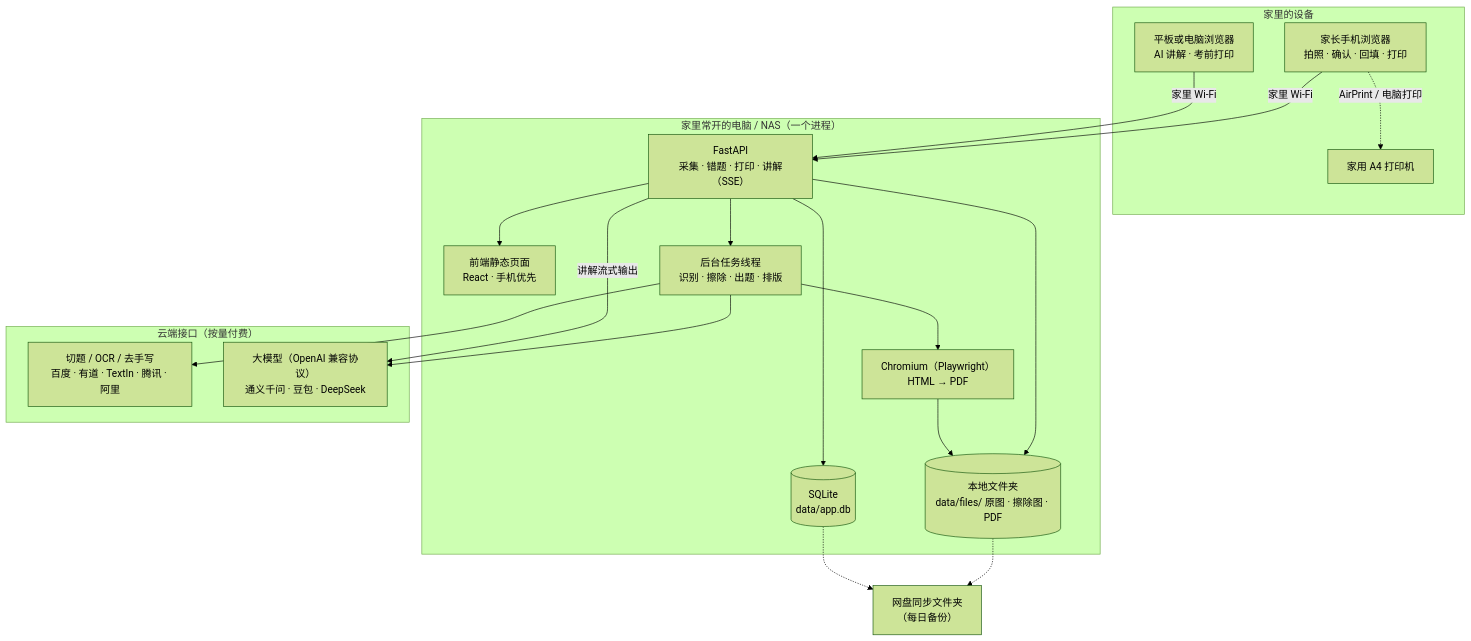
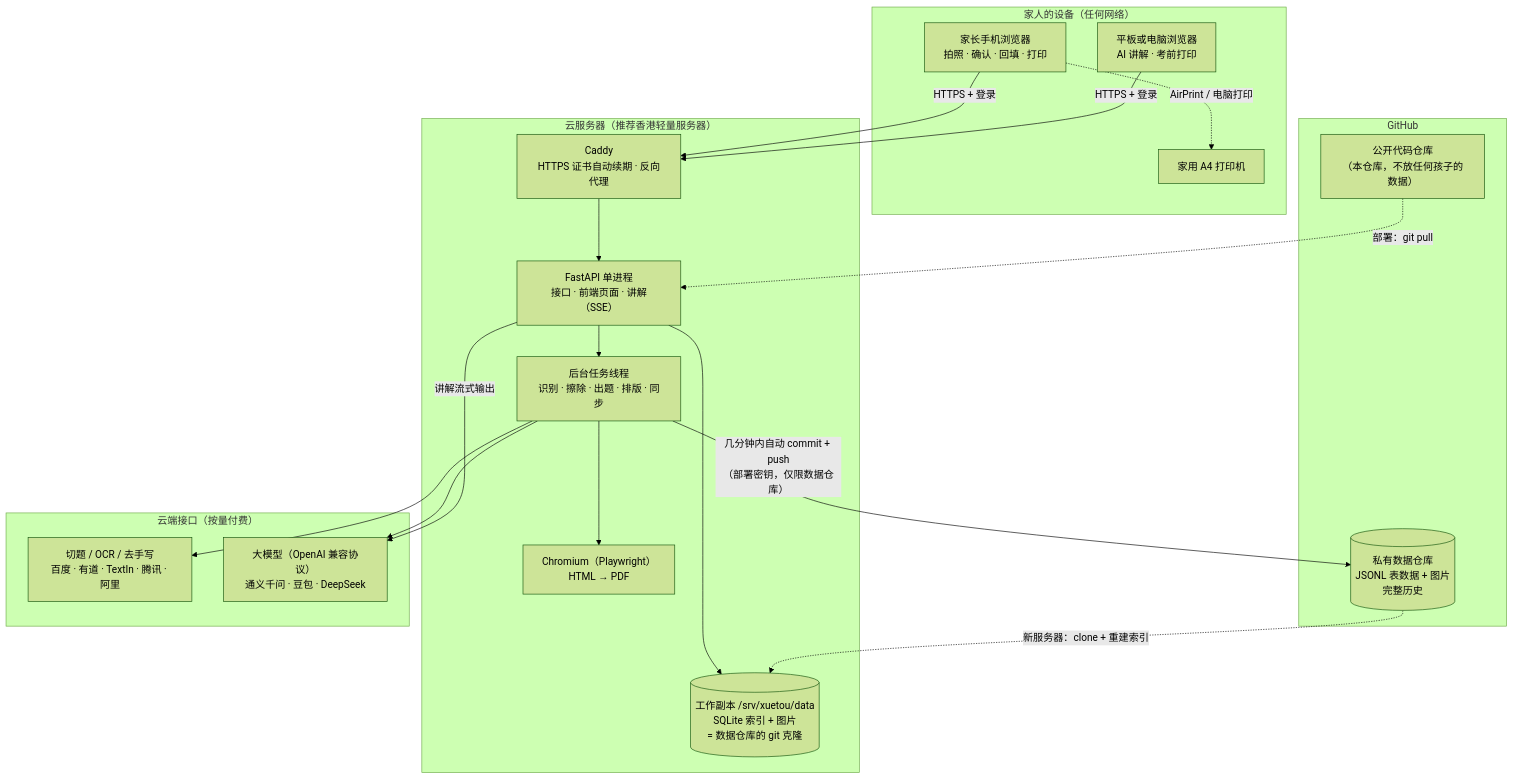
Before and after one commit to tianbao424/Claude-made-stock-bot: the first of 4 diagrams in mistake-mastery/docs/03-system-architecture.md, drawn with Mermaid (forest theme). The commit also changed other lines of this file and 7 other files, not shown here.

First line of the commit message:
docs: 学透设计稿 v0.3，改为公网访问、数据存 GitHub 私有仓库

````diff
--- a/mistake-mastery/docs/03-system-architecture.md
+++ b/mistake-mastery/docs/03-system-architecture.md
@@ -10,34 +10,37 @@
 ```mermaid
 graph TB
-    subgraph Devices["家里的设备"]
+    subgraph Devices["家人的设备（任何网络）"]
         PHONE["家长手机浏览器<br/>拍照 · 确认 · 回填 · 打印"]
         TAB["平板或电脑浏览器<br/>AI 讲解 · 考前打印"]
         PRN["家用 A4 打印机"]
     end
 
-    subgraph Server["家里常开的电脑 / NAS（一个进程）"]
-        WEB["前端静态页面<br/>React · 手机优先"]
-        API["FastAPI<br/>采集 · 错题 · 打印 · 讲解（SSE）"]
-        JOB["后台任务线程<br/>识别 · 擦除 · 出题 · 排版"]
+    subgraph Server["云服务器（推荐香港轻量服务器）"]
+        CADDY["Caddy<br/>HTTPS 证书自动续期 · 反向代理"]
+        API["FastAPI 单进程<br/>接口 · 前端页面 · 讲解（SSE）"]
+        JOB["后台任务线程<br/>识别 · 擦除 · 出题 · 排版 · 同步"]
         CHR["Chromium（Playwright）<br/>HTML → PDF"]
-        DB[("SQLite<br/>data/app.db")]
-        FS[("本地文件夹<br/>data/files/ 原图 · 擦除图 · PDF")]
+        WC[("工作副本 /srv/xuetou/data<br/>SQLite 索引 + 图片<br/>= 数据仓库的 git 克隆")]
+    end
+
+    subgraph GH["GitHub"]
+        DATA[("私有数据仓库<br/>JSONL 表数据 + 图片<br/>完整历史")]
+        CODE["公开代码仓库<br/>（本仓库，不放任何孩子的数据）"]
     end
 
     subgraph Cloud["云端接口（按量付费）"]
         OCR["切题 / OCR / 去手写<br/>百度 · 有道 · TextIn · 腾讯 · 阿里"]
         LLM["大模型（OpenAI 兼容协议）<br/>通义千问 · 豆包 · DeepSeek"]
     end
 
-    PHONE & TAB -->|家里 Wi-Fi| API
-    API --> WEB
-    API --> DB & FS
+    PHONE & TAB -->|"HTTPS + 登录"| CADDY --> API
+    API --> WC
     API --> JOB
     JOB --> OCR & LLM
-    JOB --> CHR --> FS
+    JOB --> CHR
     API -->|讲解流式输出| LLM
+    JOB -->|"几分钟内自动 commit + push<br/>（部署密钥，仅限数据仓库）"| DATA
+    DATA -.->|新服务器：clone + 重建索引| WC
+    CODE -.->|部署：git pull| API
     PHONE -.->|AirPrint / 电脑打印| PRN
-    BK["网盘同步文件夹<br/>（每日备份）"]
-    FS -.-> BK
-    DB -.-> BK
 ```
````
